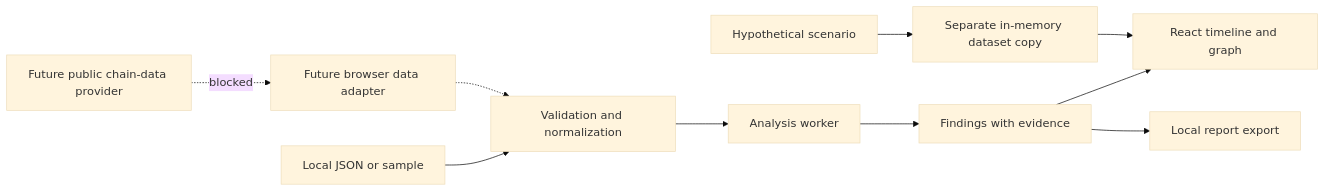
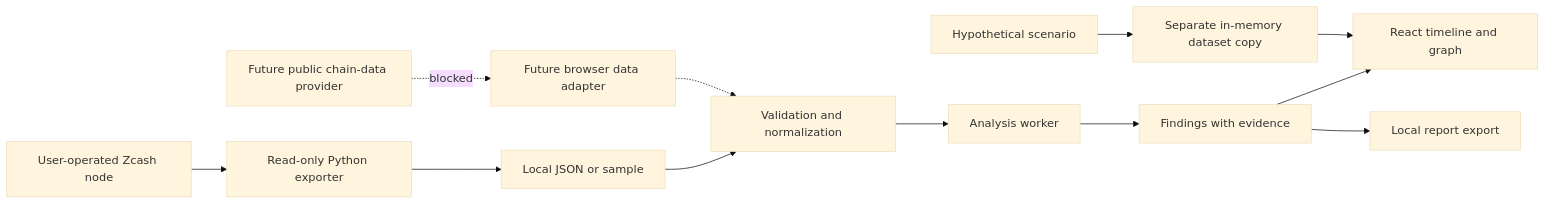
One commit to techbone/Ostrakon changed the diagram in ARCHITECTURE.md. Above: the diagram before and after it, drawn with Mermaid (base theme). The commit also changed other lines of this file and 13 other files, not shown here.

````diff
--- a/ARCHITECTURE.md
+++ b/ARCHITECTURE.md
@@ -31,12 +33,14 @@
 ```mermaid
 flowchart LR
   A[Future public chain-data provider] -. blocked .-> B[Future browser data adapter]
   C[Local JSON or sample] --> D[Validation and normalization]
+  K[User-operated Zcash node] --> L[Read-only Python exporter]
+  L --> C
   B -.-> D
   D --> E[Analysis worker]
   E --> F[Findings with evidence]
   F --> G[React timeline and graph]
   F --> H[Local report export]
   I[Hypothetical scenario] --> J[Separate in-memory dataset copy]
   J --> G
 ```
````
